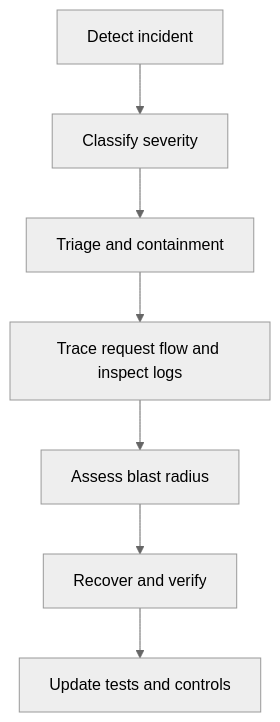
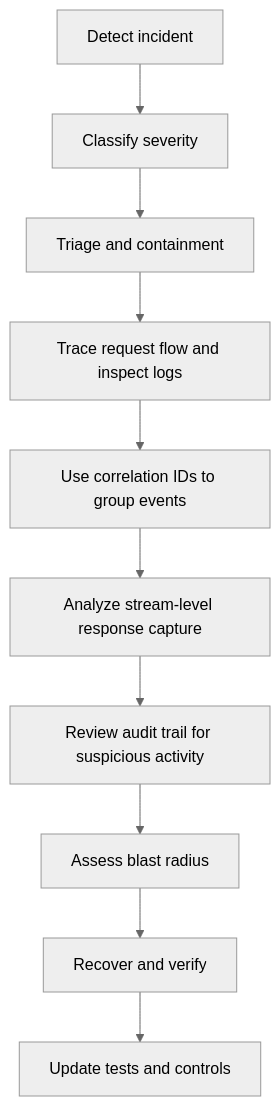
One commit to debian777/kairos-mcp changed the fourth of 5 diagrams in .qoder/repowiki/en/content/Security Considerations.md. Above: the diagram before and after it, drawn with Mermaid (neutral theme). The commit also changed other lines of this file and 44 other files, not shown here.

````diff
--- a/.qoder/repowiki/en/content/Security Considerations.md
+++ b/.qoder/repowiki/en/content/Security Considerations.md
@@ -227,9 +357,12 @@
 ```mermaid
 flowchart TD
 Detect["Detect incident"] --> Classify["Classify severity"]
 Classify --> Triage["Triage and containment"]
 Triage --> Trace["Trace request flow and inspect logs"]
-Trace --> Assess["Assess blast radius"]
+Trace --> Correlation["Use correlation IDs to group events"]
+Correlation --> StreamCapture["Analyze stream-level response capture"]
+StreamCapture --> AuditTrail["Review audit trail for suspicious activity"]
+AuditTrail --> Assess["Assess blast radius"]
 Assess --> Recover["Recover and verify"]
 Recover --> Lessons["Update tests and controls"]
 ```
````
